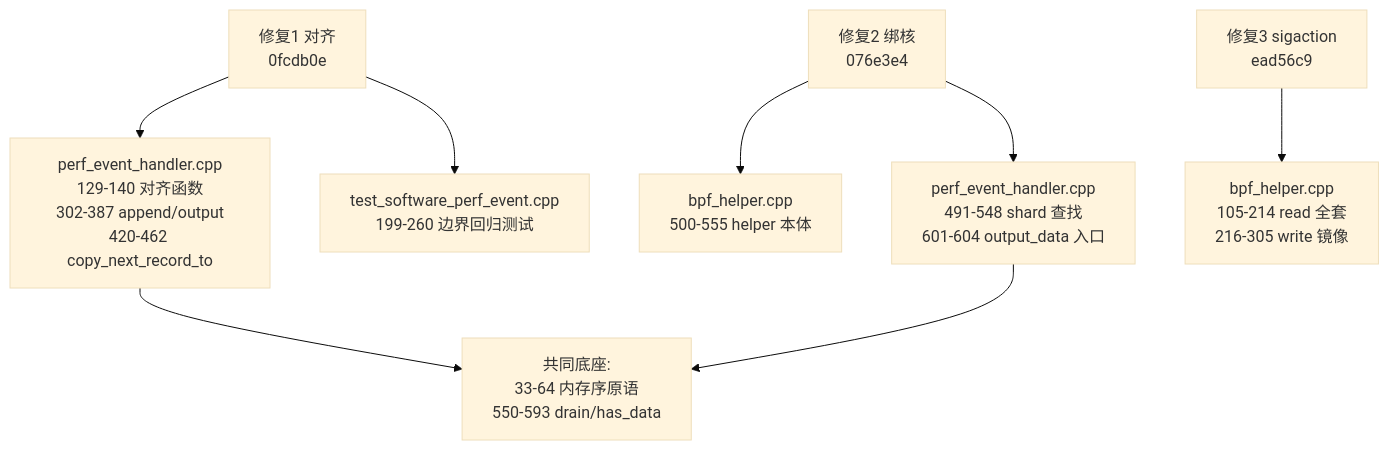
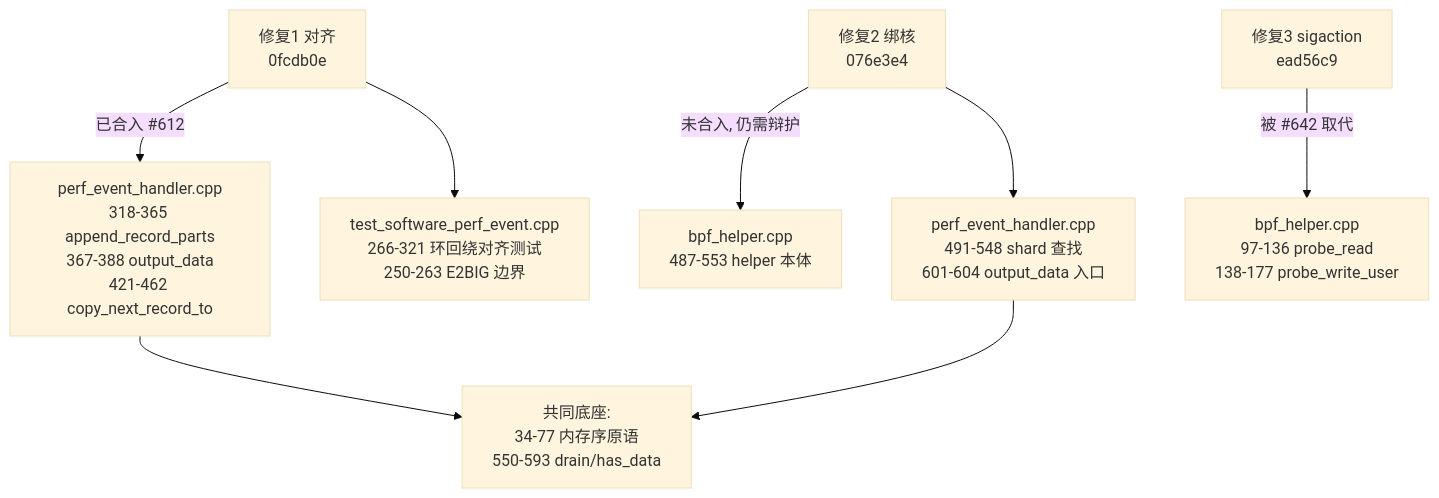
Before and after one commit to plsy1/bpftime-benchmark: the second of 2 diagrams in 08-practice.md, drawn with Mermaid (base theme). The commit also changed other lines of this file and 9 other files, not shown here.

````diff
--- a/08-practice.md
+++ b/08-practice.md
@@ -65,10 +82,10 @@
 ```mermaid
 graph TD
-    A[修复1 对齐<br/>0fcdb0e] --> B[perf_event_handler.cpp<br/>129-140 对齐函数<br/>302-387 append/output<br/>420-462 copy_next_record_to]
-    A --> C[test_software_perf_event.cpp<br/>199-260 边界回归测试]
-    D[修复2 绑核<br/>076e3e4] --> E[bpf_helper.cpp<br/>500-555 helper 本体]
+    A[修复1 对齐<br/>0fcdb0e] -->|已合入 #612| B[perf_event_handler.cpp<br/>318-365 append_record_parts<br/>367-388 output_data<br/>421-462 copy_next_record_to]
+    A --> C[test_software_perf_event.cpp<br/>266-321 环回绕对齐测试<br/>250-263 E2BIG 边界]
+    D[修复2 绑核<br/>076e3e4] -->|未合入, 仍需辩护| E[bpf_helper.cpp<br/>487-553 helper 本体]
     D --> F[perf_event_handler.cpp<br/>491-548 shard 查找<br/>601-604 output_data 入口]
-    G[修复3 sigaction<br/>ead56c9] --> H[bpf_helper.cpp<br/>105-214 read 全套<br/>216-305 write 镜像]
-    B --> I[共同底座:<br/>33-64 内存序原语<br/>550-593 drain/has_data]
+    G[修复3 sigaction<br/>ead56c9] -->|被 #642 取代| H[bpf_helper.cpp<br/>97-136 probe_read<br/>138-177 probe_write_user]
+    B --> I[共同底座:<br/>34-77 内存序原语<br/>550-593 drain/has_data]
     F --> I
 ```
````
